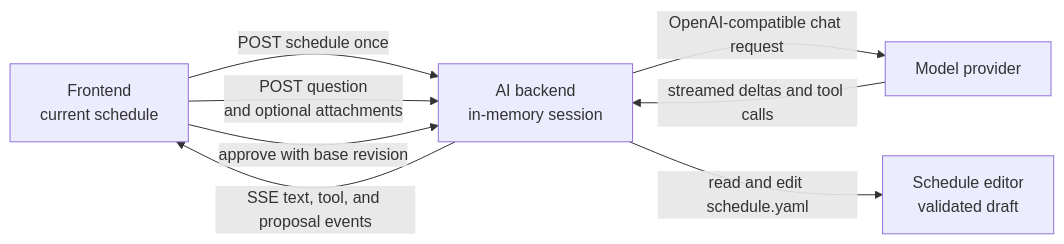
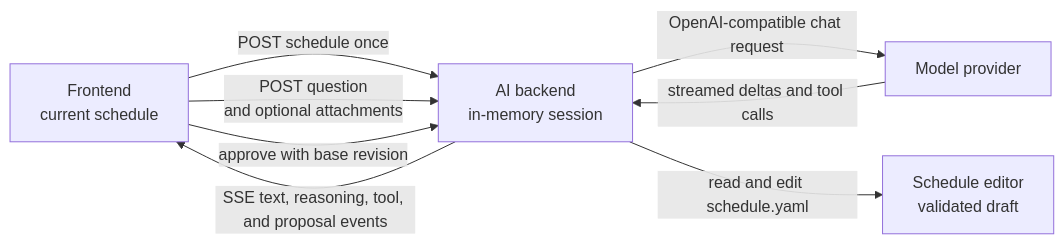
One commit to j3soon/nurse-scheduling changed the diagram in docs/content/ai-assistant.md. Above: the diagram before and after it, drawn with Mermaid. The commit also changed other lines of this file and 16 other files, not shown here.

First line of the commit message:
feat(ai): show the assistant's reasoning and tool activity

````diff
--- a/docs/content/ai-assistant.md
+++ b/docs/content/ai-assistant.md
@@ -43,10 +43,10 @@
 ```mermaid
 flowchart LR
     Browser[Frontend<br/>current schedule] -->|POST schedule once| Session[AI backend<br/>in-memory session]
     Browser -->|POST question<br/>and optional attachments| Session
     Session -->|OpenAI-compatible chat request| Provider[Model provider]
     Provider -->|streamed deltas and tool calls| Session
     Session -->|read and edit schedule.yaml| Editor[Schedule editor<br/>validated draft]
-    Session -->|SSE text, tool, and proposal events| Browser
+    Session -->|SSE text, reasoning, tool, and proposal events| Browser
     Browser -->|approve with base revision| Session
 ```
````
